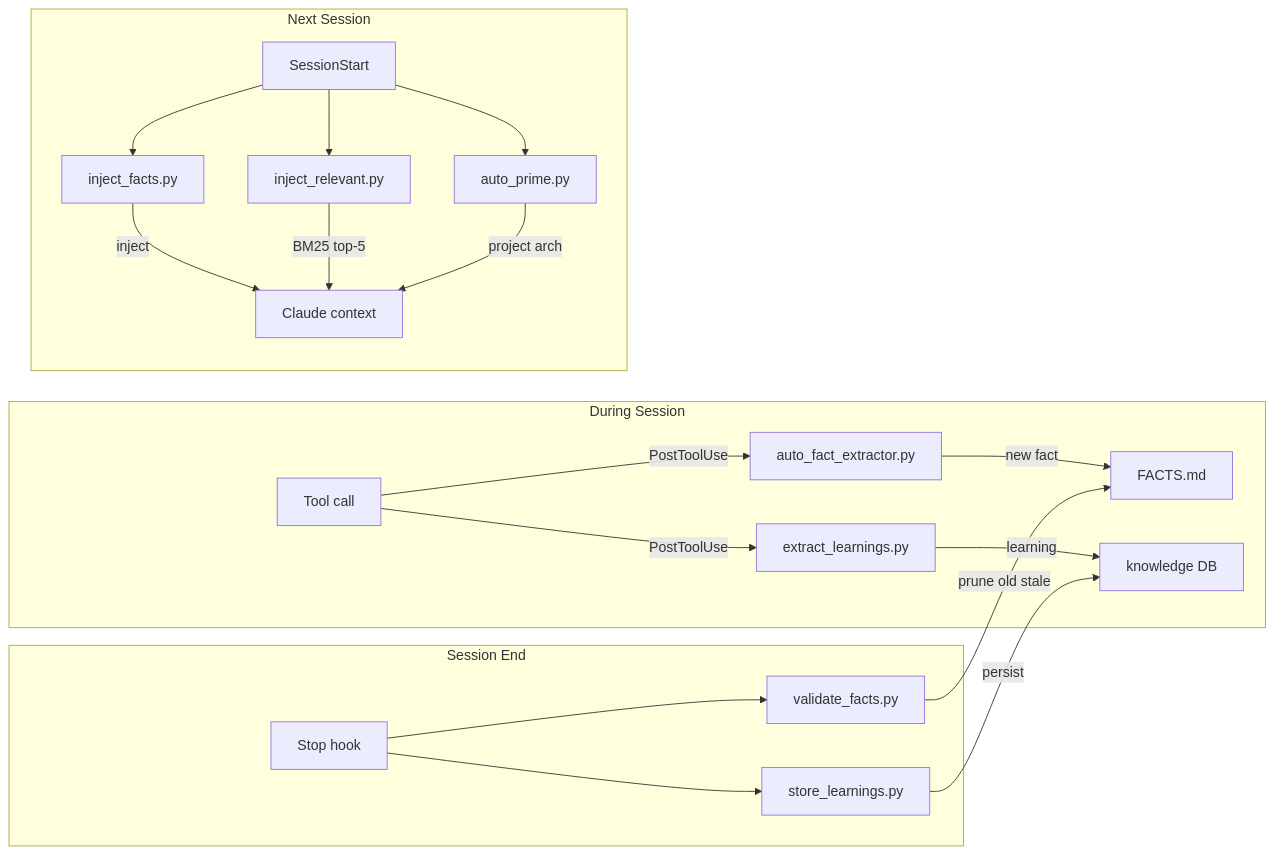
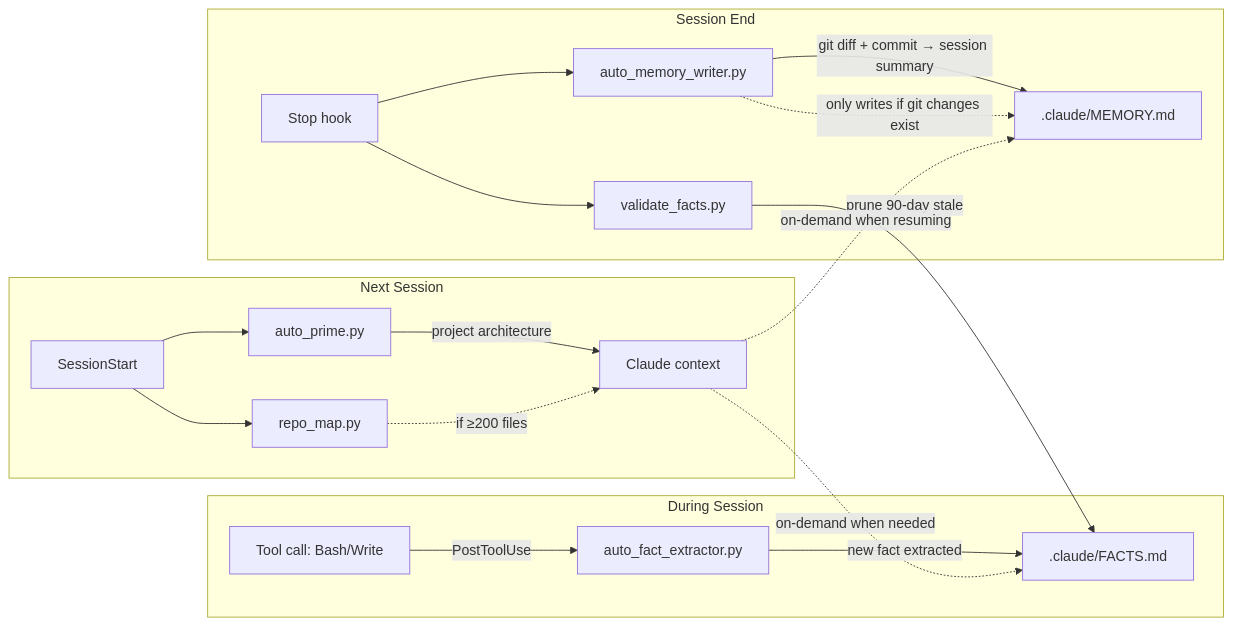
Before and after one commit to abujiletsgo/claude-agentic-framework: the eighth of 8 diagrams in docs/MEMORY_ARCHITECTURE.md, drawn with Mermaid. The commit also changed other lines of this file and 3 other files, not shown here.

First line of the commit message:
docs: update memory system diagrams to reflect on-demand episodic memory

````diff
--- a/docs/MEMORY_ARCHITECTURE.md
+++ b/docs/MEMORY_ARCHITECTURE.md
@@ -266,25 +275,24 @@
 ```mermaid
 graph LR
     subgraph SESSION["During Session"]
-        T1[Tool call] -->|PostToolUse| E1[auto_fact_extractor.py]
-        E1 -->|"new fact"| F[FACTS.md]
-        T1 -->|PostToolUse| E2[extract_learnings.py]
-        E2 -->|"learning"| K[knowledge DB]
+        T1[Tool call: Bash/Write] -->|PostToolUse| E1[auto_fact_extractor.py]
+        E1 -->|"new fact extracted"| F[".claude/FACTS.md"]
     end
 
     subgraph END["Session End"]
         S1[Stop hook] --> V[validate_facts.py]
-        V -->|"prune old stale"| F
-        S1 --> SL[store_learnings.py]
-        SL -->|"persist"| K
+        V -->|"prune 90-day stale"| F
+        S1 --> MW[auto_memory_writer.py]
+        MW -->|"git diff + commit → session summary"| M[".claude/MEMORY.md"]
+        MW -.->|"only writes if git changes exist"| M
     end
 
     subgraph START["Next Session"]
-        SS[SessionStart] --> IF[inject_facts.py]
-        IF -->|"inject"| C[Claude context]
-        SS --> IR[inject_relevant.py]
-        IR -->|"BM25 top-5"| C
-        SS --> AP[auto_prime.py]
-        AP -->|"project arch"| C
+        SS[SessionStart] --> AP[auto_prime.py]
+        AP -->|"project architecture"| C[Claude context]
+        SS --> RM[repo_map.py]
+        RM -.->|"if ≥200 files"| C
+        C -.->|"on-demand when needed"| F
+        C -.->|"on-demand when resuming"| M
     end
 ```
````
